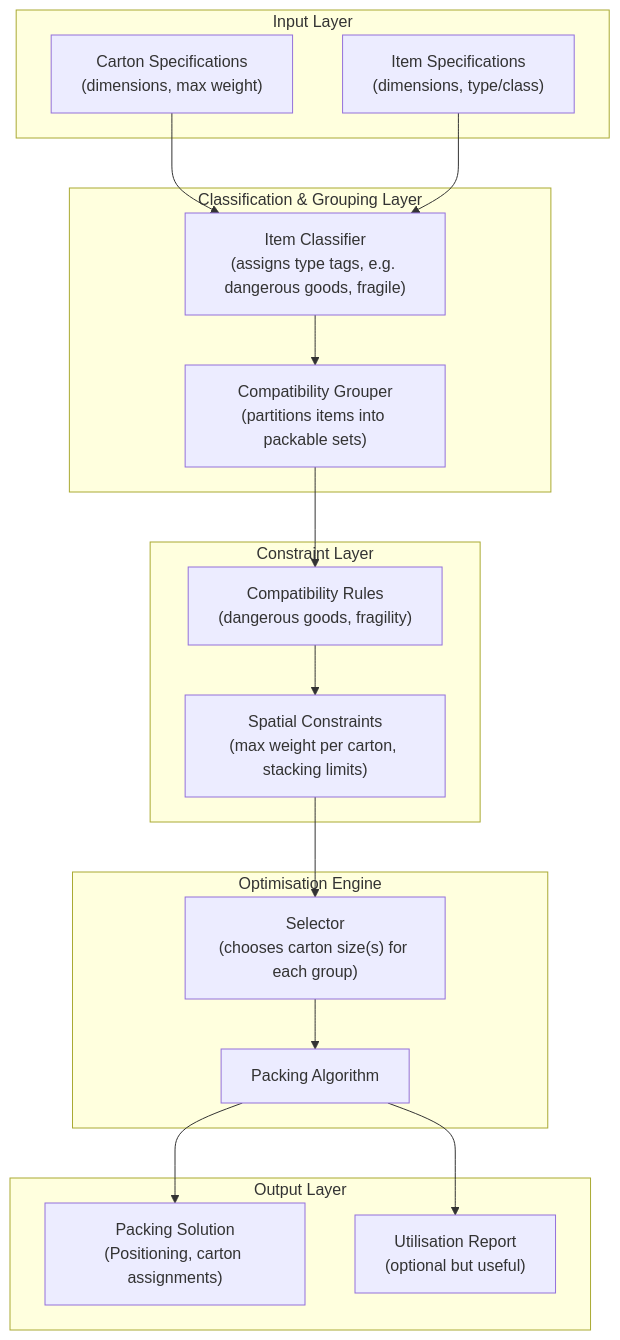
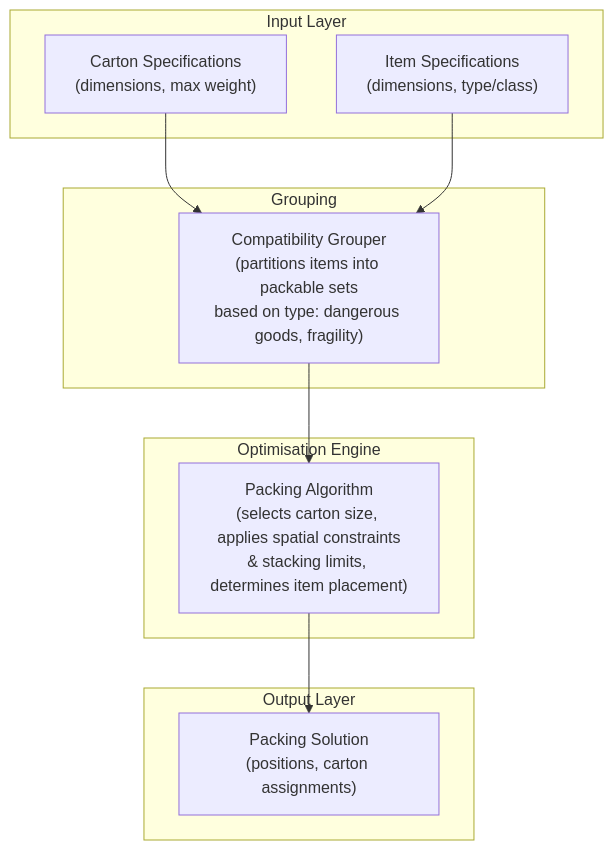
One commit to LTSmq/comp4050-epic-team changed the diagram in solver/docs/solver_architecture.md. Above: the diagram before and after it, drawn with Mermaid.

Commit message:
Update: Solver Architecture
- Merge: Item Classifier + Compatibility Grouper + Compatibility Rules
- Merge: Spatial Constraints + Selector + Packing Algorithm -> one "Packing" step
- Remove: util report: unless portal team require this from us in future.

````diff
--- a/solver/docs/solver_architecture.md
+++ b/solver/docs/solver_architecture.md
@@ -1,37 +1,24 @@
 ```mermaid
 graph TD
     subgraph INPUT["Input Layer"]
         A["Carton Specifications\n(dimensions, max weight)"]
         B["Item Specifications\n(dimensions, type/class)"]
     end
 
-    subgraph CLASSIFY["Classification & Grouping Layer"]
-        C["Item Classifier\n(assigns type tags, e.g. dangerous goods, fragile)"]
-        D["Compatibility Grouper\n(partitions items into packable sets)"]
+    subgraph GROUPING["Grouping"]
+        C["Compatibility Grouper\n(partitions items into packable sets\nbased on type: dangerous goods, fragility)"]
     end
 
-    subgraph CONSTRAINTS["Constraint Layer"]
-        E["Compatibility Rules\n(dangerous goods, fragility)"]
-        F["Spatial Constraints\n(max weight per carton, stacking limits)"]
-    end
-
-    subgraph SOLVER["Optimisation Engine"]
-        G["Selector\n(chooses carton size(s) for each group)"]
-        H["Packing Algorithm"]
+    subgraph PACKING["Optimisation Engine"]
+        D["Packing Algorithm\n(selects carton size, applies spatial constraints\n& stacking limits, determines item placement)"]
     end
 
     subgraph OUTPUT["Output Layer"]
-        I["Packing Solution\n(Positioning, carton assignments)"]
-        J["Utilisation Report\n(optional but useful)"]
+        E["Packing Solution\n(positions, carton assignments)"]
     end
 
     A --> C
     B --> C
     C --> D
     D --> E
-    E --> F
-    F --> G
-    G --> H
-    H --> I
-    H --> J
 ```
````
